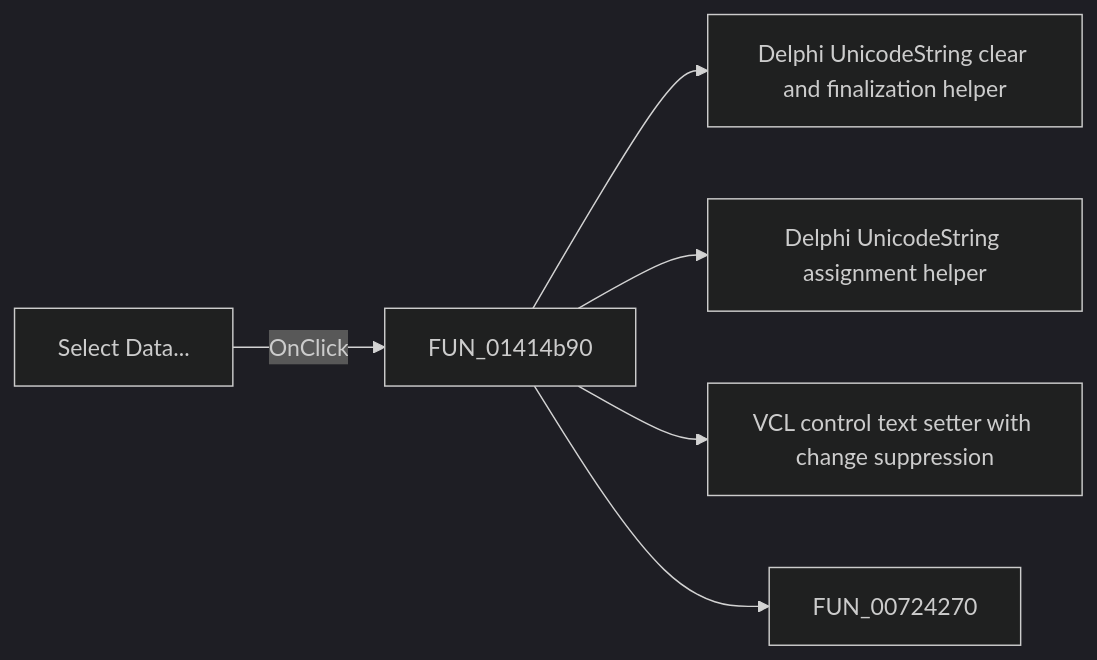
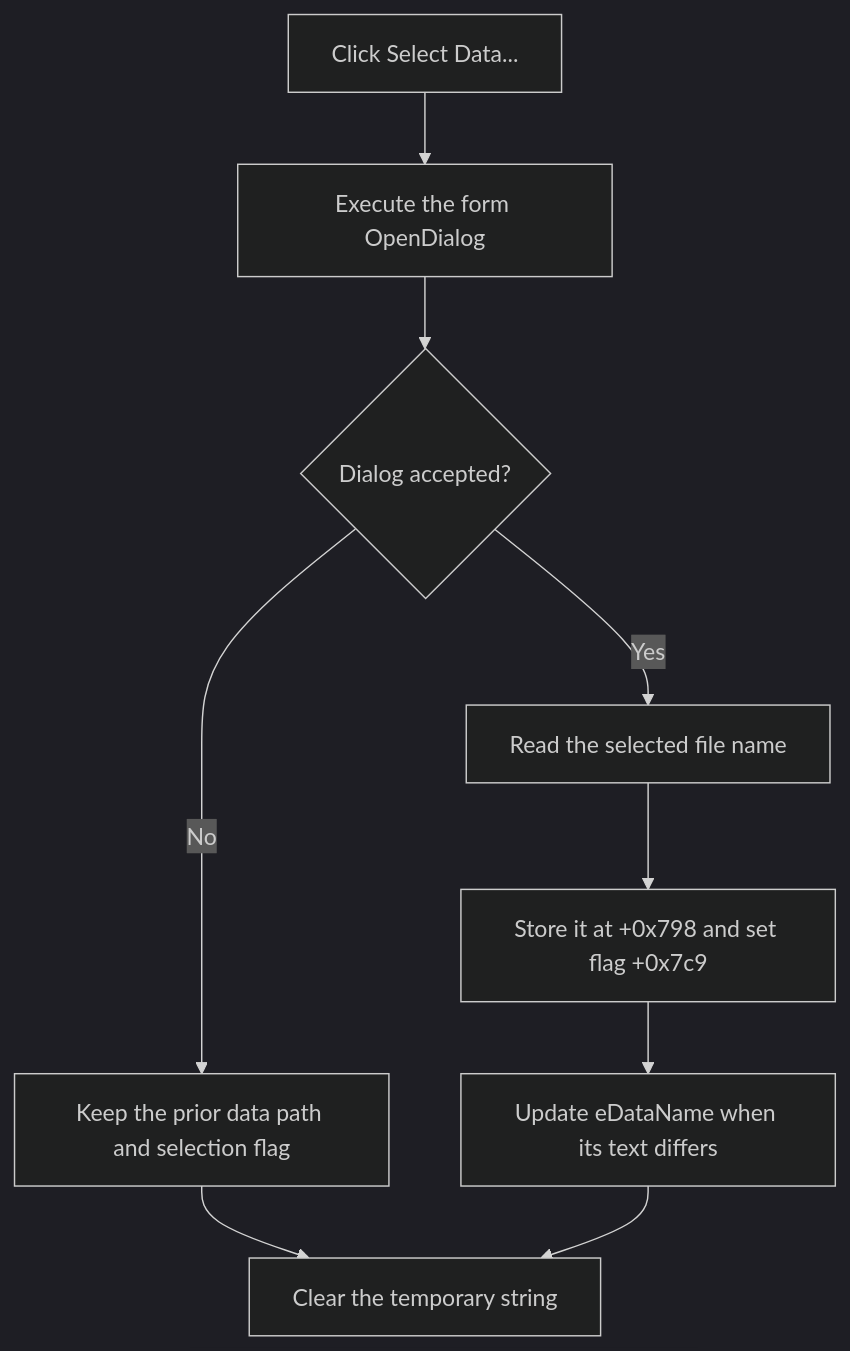
Before and after one commit to MovGP0/TIARA: the diagram in docs/ui-controls/mcukernelimageproperties/bselectdata-a0b7cc2deb.md, drawn with Mermaid (dark theme). The commit also changed other lines of this file and 1062 other files, not shown here.

````diff
--- a/docs/ui-controls/mcukernelimageproperties/bselectdata-a0b7cc2deb.md
+++ b/docs/ui-controls/mcukernelimageproperties/bselectdata-a0b7cc2deb.md
@@ -27,8 +29,11 @@
 ```mermaid
-flowchart LR
-    control["Select Data..."] -->|OnClick| handler["FUN_01414b90"]
-    handler --> call1["Delphi UnicodeString clear and finalization helper"]
-    handler --> call2["Delphi UnicodeString assignment helper"]
-    handler --> call3["VCL control text setter with change suppression"]
-    handler --> call4["FUN_00724270"]
+flowchart TD
+    click["Click Select Data..."] --> execute["Execute the form OpenDialog"]
+    execute --> accepted{"Dialog accepted?"}
+    accepted -->|No| noChange["Keep the prior data path and selection flag"]
+    accepted -->|Yes| read["Read the selected file name"]
+    read --> store["Store it at +0x798 and set flag +0x7c9"]
+    store --> display["Update eDataName when its text differs"]
+    noChange --> cleanup["Clear the temporary string"]
+    display --> cleanup
 ```
````
